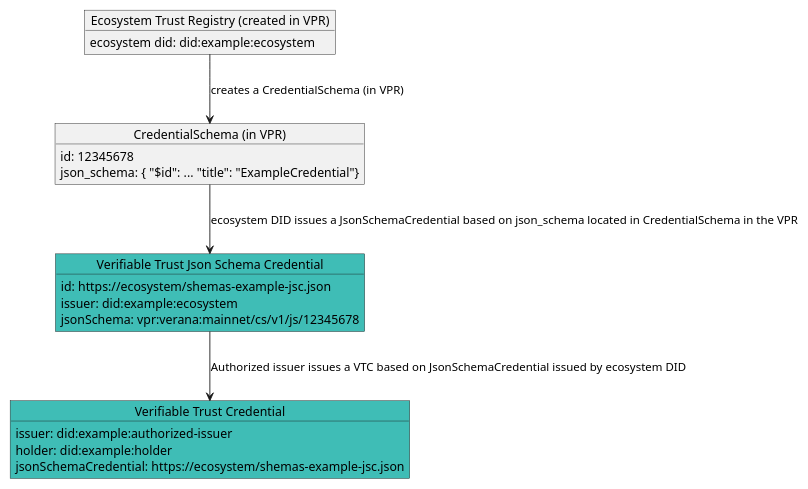
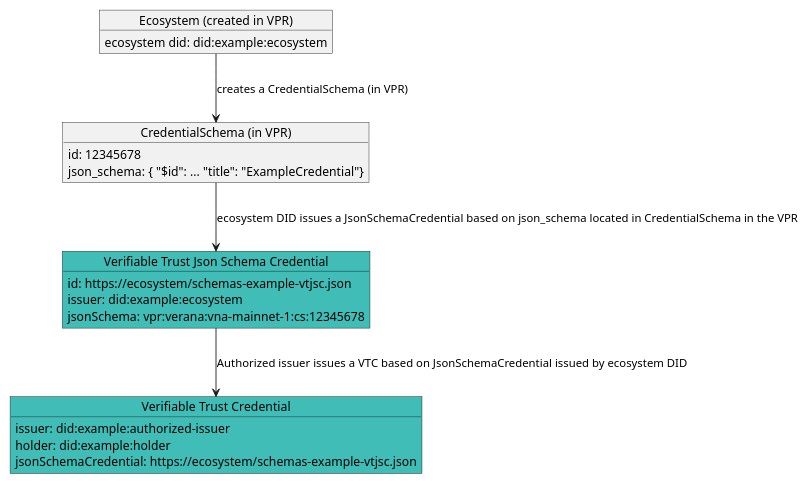
The diagram in docs/learn/verifiable-public-registry/30-credential-schema.md (verana-labs/verana-docs), drawn with PlantUML before and after one commit. The commit also changed other lines of this file and 159 other files, not shown here.

````diff
--- a/docs/learn/verifiable-public-registry/30-credential-schema.md
+++ b/docs/learn/verifiable-public-registry/30-credential-schema.md
@@ -13,30 +13,30 @@
 ```plantuml
 
 @startuml
 scale max 800 width
-object "Ecosystem Trust Registry (created in VPR)" as es {
+object "Ecosystem (created in VPR)" as es {
   ecosystem did: did:example:ecosystem
 }
 object "CredentialSchema (in VPR)" as cs {
   id: 12345678
   json_schema: { "$id": ... "title": "ExampleCredential"}
 }
 object "Verifiable Trust Json Schema Credential" as jsc #3fbdb6 {
-  id: https://ecosystem/shemas-example-jsc.json
+  id: https://ecosystem/schemas-example-vtjsc.json
   issuer: did:example:ecosystem
-  jsonSchema: vpr:verana:mainnet/cs/v1/js/12345678
+  jsonSchema: vpr:verana:vna-mainnet-1:cs:12345678
 }
 
 object "Verifiable Trust Credential" as vscred #3fbdb6 {
   issuer: did:example:authorized-issuer
   holder: did:example:holder
-  jsonSchemaCredential: https://ecosystem/shemas-example-jsc.json
+  jsonSchemaCredential: https://ecosystem/schemas-example-vtjsc.json
 }
 
  jsc --> vscred: Authorized issuer issues a VTC based on JsonSchemaCredential issued by ecosystem DID
 cs --> jsc : ecosystem DID issues a JsonSchemaCredential based on json_schema located in CredentialSchema in the VPR
 es --> cs : creates a CredentialSchema (in VPR)
 
 @enduml
 
 ```
````
